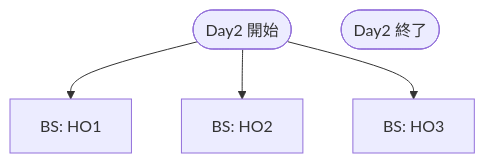
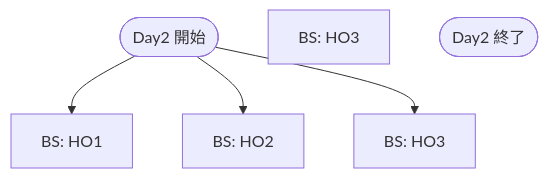
The second of 2 diagrams in specs/routing.md (KarasuTatehi/last-resort-disturbance), drawn with Mermaid before and after one commit. The commit also changed other lines of this file, not shown here.

Commit message:
specs/routing.md updated from https://stackedit.io/

````diff
--- a/specs/routing.md
+++ b/specs/routing.md
@@ -32,9 +32,10 @@
 ```mermaid
 flowchart TD
 D2S([Day2 開始])
-HO1-D1-BS["BS: HO1"]
-HO2-D1-BS["BS: HO2"]
-HO3-D1-BS["BS: HO3"]
+HO1-D2-BS["BS: HO1"]
+HO2-D2-BS["BS: HO2"]
+HO3-D2-BS["BS: HO3"]
+D2-BSE["BS: HO3"]
 D2E([Day2 終了])
-D2S --> HO1-D1-BS & HO2-D1-BS & HO3-D1-BS
+D2S --> HO1-D2-BS & HO2-D2-BS & HO3-D2-BS
 ```
````
